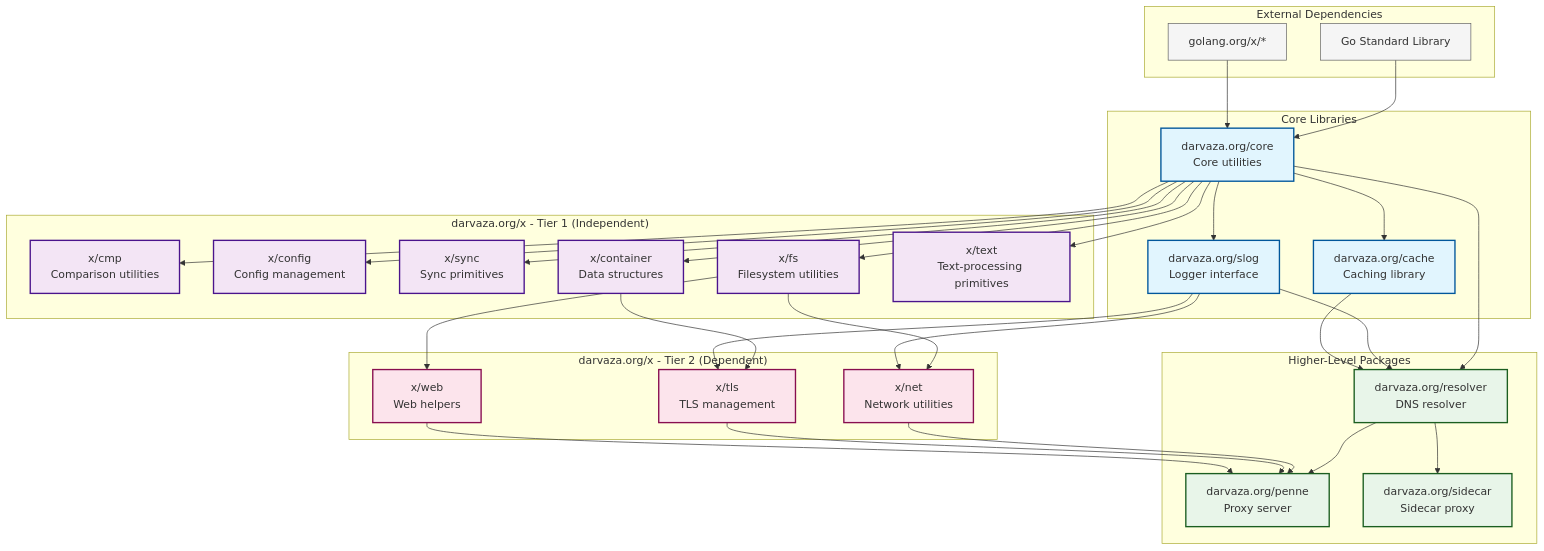
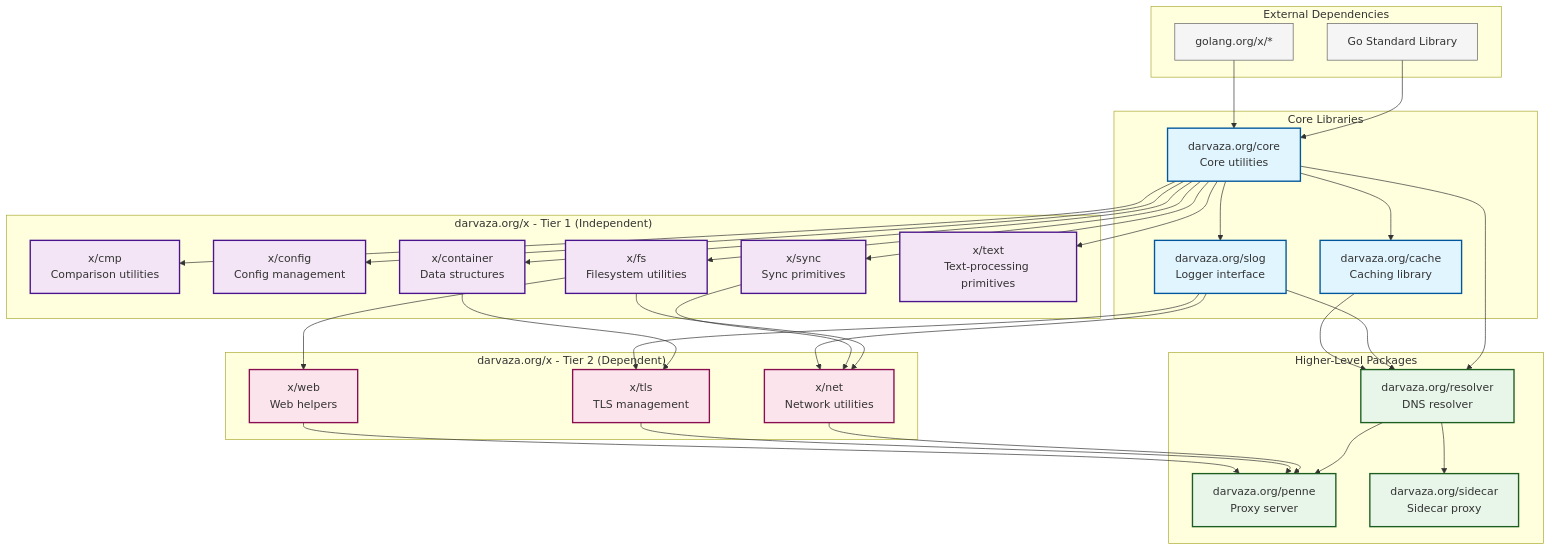
The diagram in README.md (darvaza-proxy/x), drawn with Mermaid before and after one commit. The commit also changed other lines of this file and 5 other files, not shown here.

````diff
--- a/README.md
+++ b/README.md
@@ -88,78 +88,79 @@
 ```mermaid
 graph TB
     subgraph "External Dependencies"
         stdlib[Go Standard Library]
         ext[golang.org/x/*]
     end
 
     subgraph "Core Libraries"
         core[darvaza.org/core<br/>Core utilities]
         slog[darvaza.org/slog<br/>Logger interface]
         cache[darvaza.org/cache<br/>Caching library]
     end
 
     subgraph "darvaza.org/x - Tier 1 (Independent)"
         cmp[x/cmp<br/>Comparison utilities]
         config[x/config<br/>Config management]
         sync[x/sync<br/>Sync primitives]
         fs[x/fs<br/>Filesystem utilities]
         container[x/container<br/>Data structures]
         text[x/text<br/>Text-processing primitives]
     end
 
     subgraph "darvaza.org/x - Tier 2 (Dependent)"
         net[x/net<br/>Network utilities]
         web[x/web<br/>Web helpers]
         tls[x/tls<br/>TLS management]
     end
 
     subgraph "Higher-Level Packages"
         resolver[darvaza.org/resolver<br/>DNS resolver]
         penne[darvaza.org/penne<br/>Proxy server]
         sidecar[darvaza.org/sidecar<br/>Sidecar proxy]
     end
 
     %% Core dependencies
     stdlib --> core
     ext --> core
     core --> slog
     core --> cache
 
     %% x/ Tier 1 dependencies
     core --> cmp
     core --> config
     core --> sync
     core --> fs
     core --> container
     core --> text
 
     %% x/ Tier 2 dependencies
     fs --> net
     fs --> web
+    sync --> net
     container --> tls
     slog --> net
     slog --> tls
 
     %% Higher-level dependencies
     core --> resolver
     slog --> resolver
     cache --> resolver
 
     resolver --> penne
     resolver --> sidecar
     net --> penne
     tls --> penne
     web --> penne
 
     classDef core fill:#e1f5fe,stroke:#01579b,stroke-width:2px
     classDef tier1 fill:#f3e5f5,stroke:#4a148c,stroke-width:2px
     classDef tier2 fill:#fce4ec,stroke:#880e4f,stroke-width:2px
     classDef external fill:#f5f5f5,stroke:#616161,stroke-width:1px
     classDef highlevel fill:#e8f5e9,stroke:#1b5e20,stroke-width:2px
 
     class core,slog,cache core
     class cmp,config,sync,fs,container,text tier1
     class net,web,tls tier2
     class stdlib,ext external
     class resolver,penne,sidecar highlevel
 ```
````
